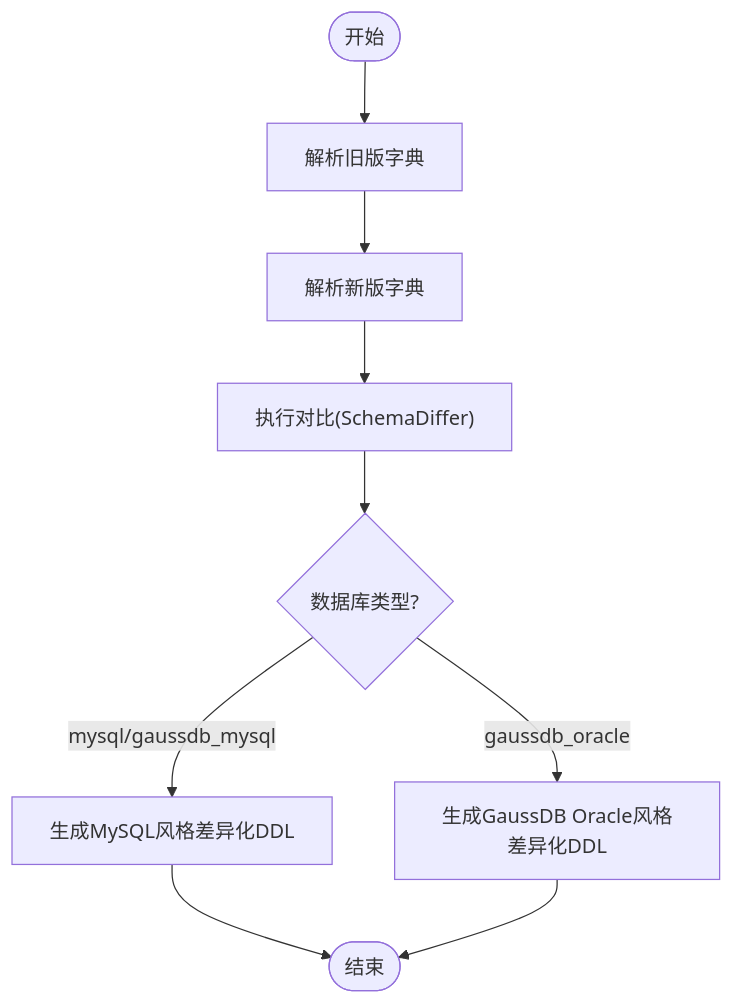
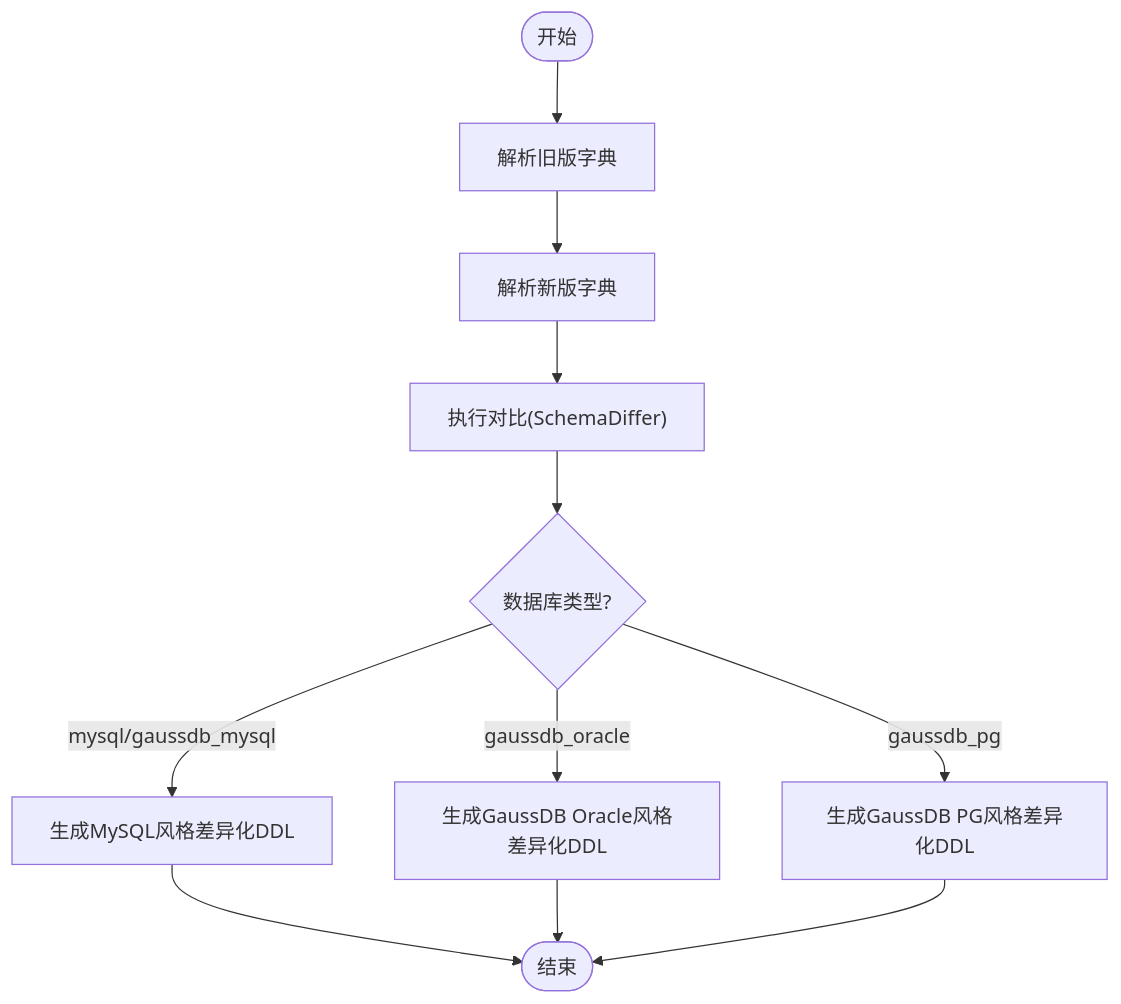
The fourth of 5 diagrams in .qoder/repowiki/zh/content/API接口参考/DDL生成API.md (SamLing-Why/SchemaSync), drawn with Mermaid before and after one commit. The commit also changed other lines of this file and 32 other files, not shown here.

````diff
--- a/.qoder/repowiki/zh/content/API接口参考/DDL生成API.md
+++ b/.qoder/repowiki/zh/content/API接口参考/DDL生成API.md
@@ -316,11 +342,13 @@
 ```mermaid
 flowchart TD
 Start(["开始"]) --> ParseOld["解析旧版字典"]
 ParseOld --> ParseNew["解析新版字典"]
 ParseNew --> Compare["执行对比(SchemaDiffer)"]
 Compare --> Branch{"数据库类型?"}
 Branch --> |mysql/gaussdb_mysql| GenMySql["生成MySQL风格差异化DDL"]
 Branch --> |gaussdb_oracle| GenOracle["生成GaussDB Oracle风格差异化DDL"]
+Branch --> |gaussdb_pg| GenPg["生成GaussDB PG风格差异化DDL"]
 GenMySql --> End(["结束"])
 GenOracle --> End
+GenPg --> End
 ```
````
